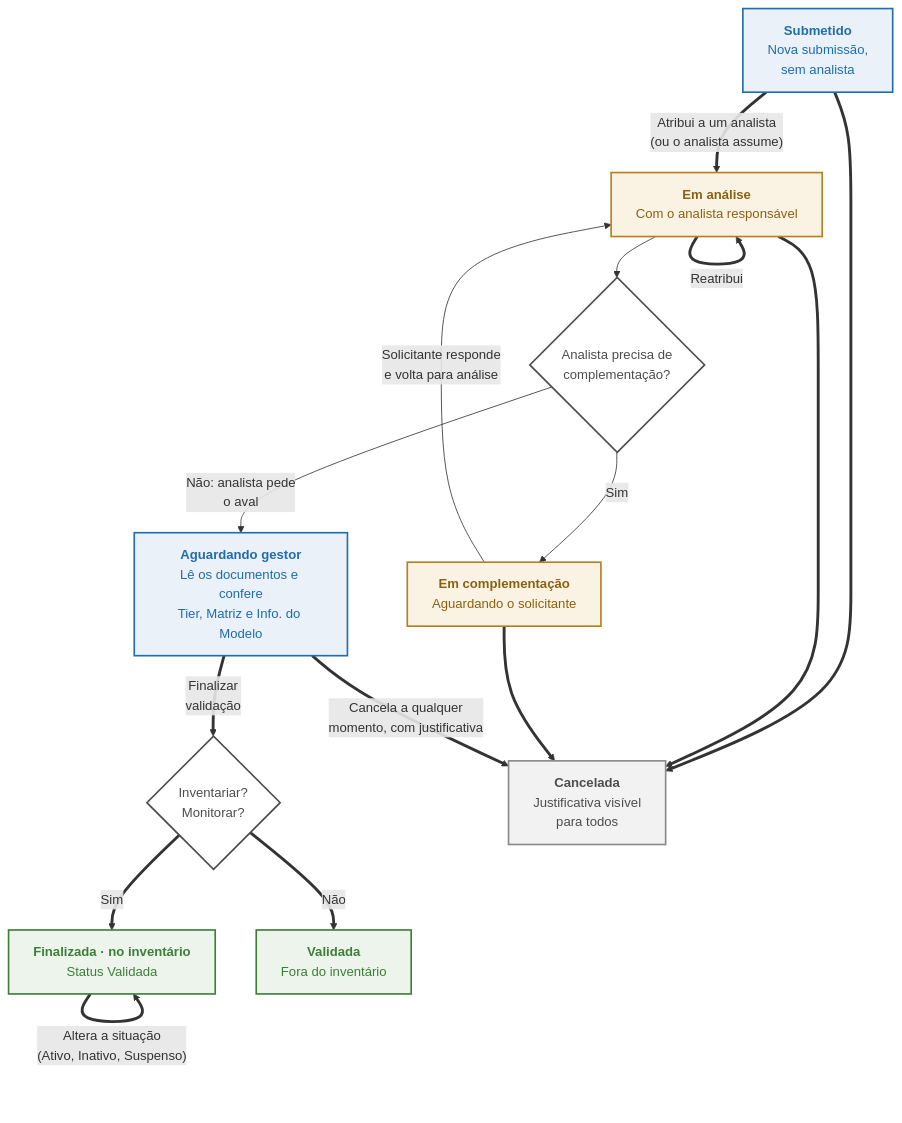
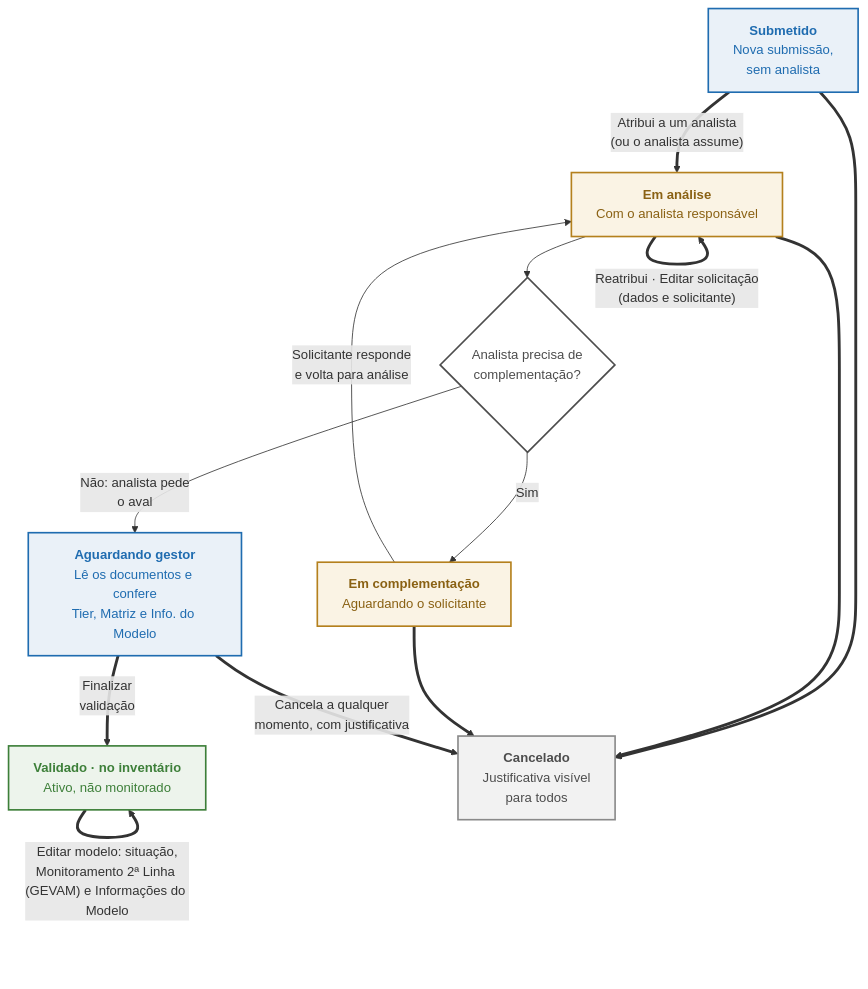
The fourth of 4 diagrams in docs/fluxos-solicitacao.md (barlettab/svm-frontend), drawn with Mermaid before and after one commit. The commit also changed other lines of this file and 82 other files, not shown here.

````diff
--- a/docs/fluxos-solicitacao.md
+++ b/docs/fluxos-solicitacao.md
@@ -207,29 +208,27 @@
 ```mermaid
 flowchart TB
     SUB["<b>Submetido</b><br/>Nova submissão,<br/>sem analista"] ==>|"Atribui a um analista<br/>(ou o analista assume)"| ANA["<b>Em análise</b><br/>Com o analista responsável"]
-    ANA ==>|"Reatribui"| ANA
+    ANA ==>|"Reatribui · Editar solicitação<br/>(dados e solicitante)"| ANA
     ANA --> Q{"Analista precisa de<br/>complementação?"}
     Q -->|"Sim"| COMP["<b>Em complementação</b><br/>Aguardando o solicitante"]
     COMP -->|"Solicitante responde<br/>e volta para análise"| ANA
     Q -->|"Não: analista pede<br/>o aval"| GES["<b>Aguardando gestor</b><br/>Lê os documentos e confere<br/>Tier, Matriz e Info. do Modelo"]
-    GES ==>|"Finalizar<br/>validação"| DEC{"Inventariar?<br/>Monitorar?"}
-    DEC ==>|"Sim"| INV["<b>Finalizada · no inventário</b><br/>Status Validada"]
-    DEC ==>|"Não"| VAL["<b>Validada</b><br/>Fora do inventário"]
-    INV ==>|"Altera a situação<br/>(Ativo, Inativo, Suspenso)"| INV
+    GES ==>|"Finalizar<br/>validação"| INV["<b>Validado · no inventário</b><br/>Ativo, não monitorado"]
+    INV ==>|"Editar modelo: situação,<br/>Monitoramento 2ª Linha (GEVAM) e Informações do Modelo"| INV
 
     SUB ==> CAN
     ANA ==> CAN
     COMP ==> CAN
-    GES ==>|"Cancela a qualquer<br/>momento, com justificativa"| CAN["<b>Cancelada</b><br/>Justificativa visível<br/>para todos"]
+    GES ==>|"Cancela a qualquer<br/>momento, com justificativa"| CAN["<b>Cancelado</b><br/>Justificativa visível<br/>para todos"]
 
     class SUB,GES azul
     class ANA,COMP ambar
-    class INV,VAL verde
+    class INV verde
     class CAN cinza
-    class Q,DEC decisao
+    class Q decisao
     classDef azul fill:#eaf1f8,stroke:#1f6cb0,stroke-width:2px,color:#1f6cb0
     classDef ambar fill:#faf3e4,stroke:#b4801d,stroke-width:2px,color:#8a6113
     classDef verde fill:#edf4ec,stroke:#3d7f39,stroke-width:2px,color:#3d7f39
     classDef cinza fill:#f2f2f2,stroke:#8a8a8a,stroke-width:2px,color:#4d4d4d
     classDef decisao fill:#ffffff,stroke:#4d4d4d,stroke-width:2px,color:#4d4d4d
 ```
````
